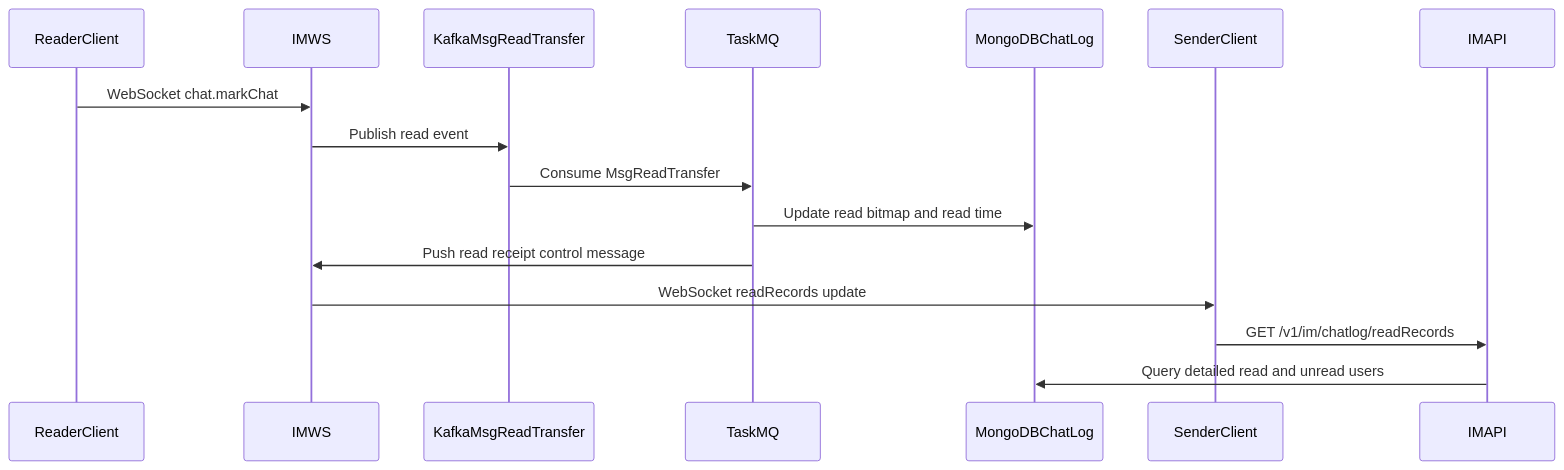
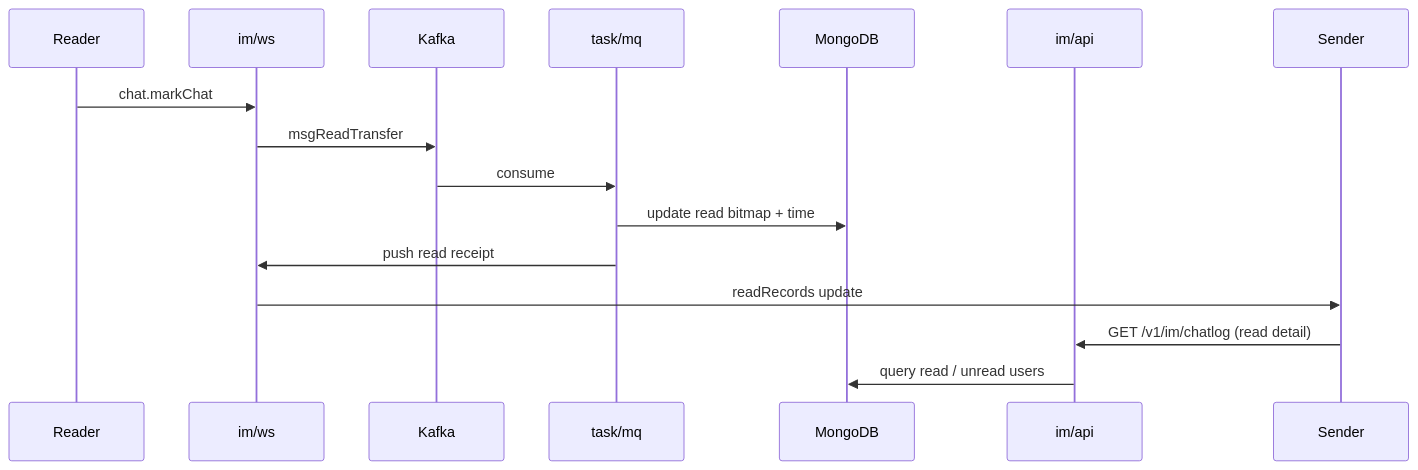
The second of 6 diagrams in README.md (iceymoss/go-hichat-api), drawn with Mermaid before and after one commit. The commit also changed other lines of this file and 1 other file, not shown here.

First line of the commit message:
docs: humanize sequence diagrams and fix Go version

````diff
--- a/README.md
+++ b/README.md
@@ -121,11 +127,18 @@
 ```mermaid
 sequenceDiagram
-  ReaderClient->>IMWS: WebSocket chat.markChat
-  IMWS->>KafkaMsgReadTransfer: Publish read event
-  KafkaMsgReadTransfer->>TaskMQ: Consume MsgReadTransfer
-  TaskMQ->>MongoDBChatLog: Update read bitmap and read time
-  TaskMQ->>IMWS: Push read receipt control message
-  IMWS->>SenderClient: WebSocket readRecords update
-  SenderClient->>IMAPI: GET /v1/im/chatlog/readRecords
-  IMAPI->>MongoDBChatLog: Query detailed read and unread users
+  participant C as Reader
+  participant WS as im/ws
+  participant K as Kafka
+  participant MQ as task/mq
+  participant DB as MongoDB
+  participant API as im/api
+  participant S as Sender
+  C->>WS: chat.markChat
+  WS->>K: msgReadTransfer
+  K->>MQ: consume
+  MQ->>DB: update read bitmap + time
+  MQ->>WS: push read receipt
+  WS->>S: readRecords update
+  S->>API: GET /v1/im/chatlog (read detail)
+  API->>DB: query read / unread users
 ```
````
